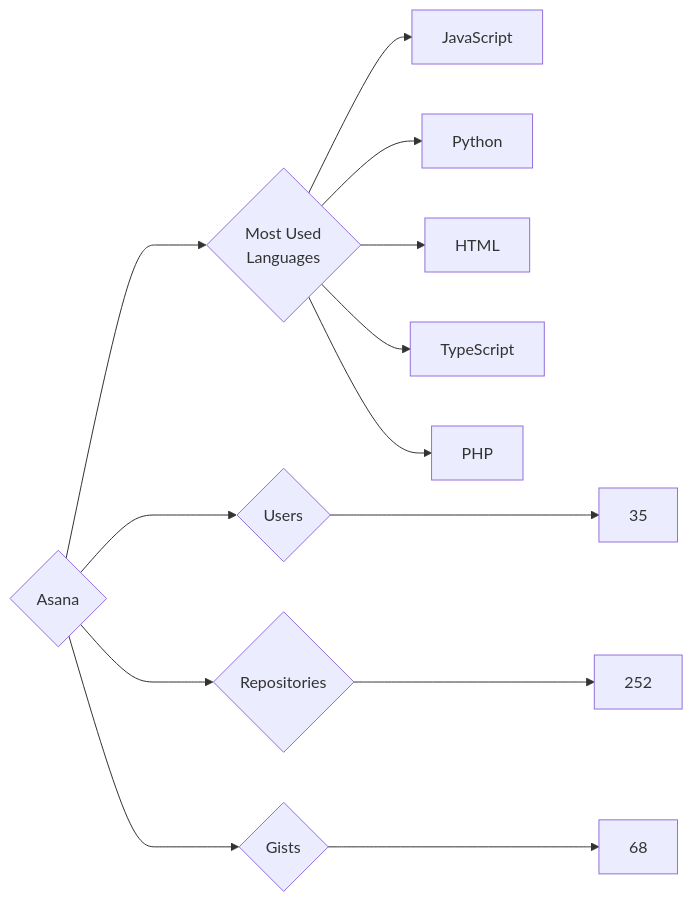
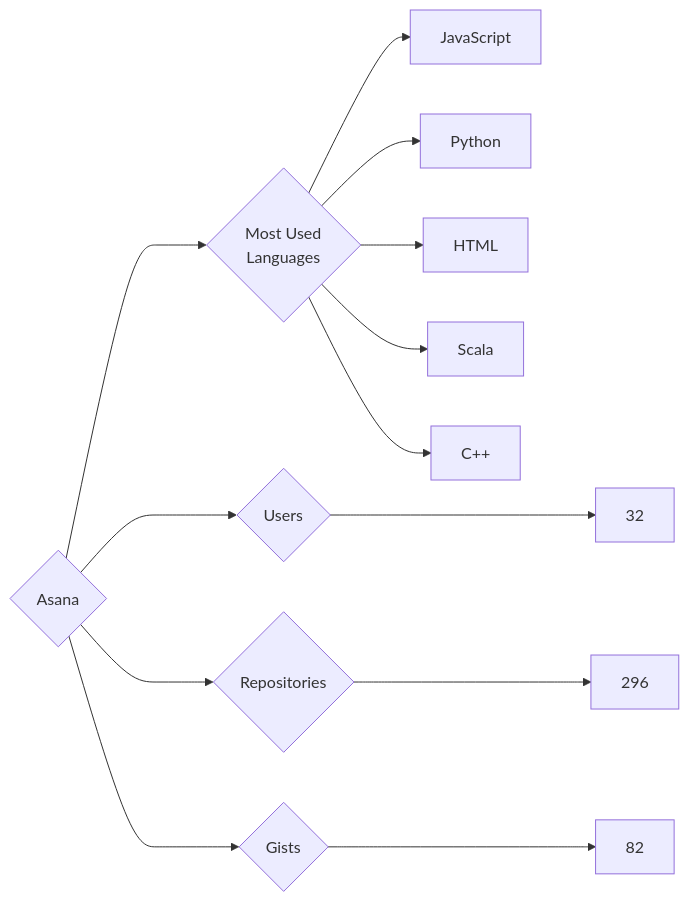
One commit to trickest/insiders changed the diagram in targets/Asana/README.md. Above: the diagram before and after it, drawn with Mermaid. The commit also changed 614 other files, not shown here.

````diff
--- a/targets/Asana/README.md
+++ b/targets/Asana/README.md
@@ -3,13 +3,13 @@
 ```mermaid
 graph LR
 COMPANY_NAME{Asana}
-COMPANY_NAME ---> U{Users} ---> UN[35]
-COMPANY_NAME ---> R{Repositories} ---> RN[252]
-COMPANY_NAME ---> G{Gists} ---> GN[68]
+COMPANY_NAME ---> U{Users} ---> UN[32]
+COMPANY_NAME ---> R{Repositories} ---> RN[296]
+COMPANY_NAME ---> G{Gists} ---> GN[82]
 COMPANY_NAME ---> ML{Most Used<br>Languages}
 ML --> JavaScript[JavaScript]
 ML --> Python[Python]
 ML --> HTML[HTML]
-ML --> TypeScript[TypeScript]
-ML --> PHP[PHP]
+ML --> Scala[Scala]
+ML --> C++[C++]
 ```
````
